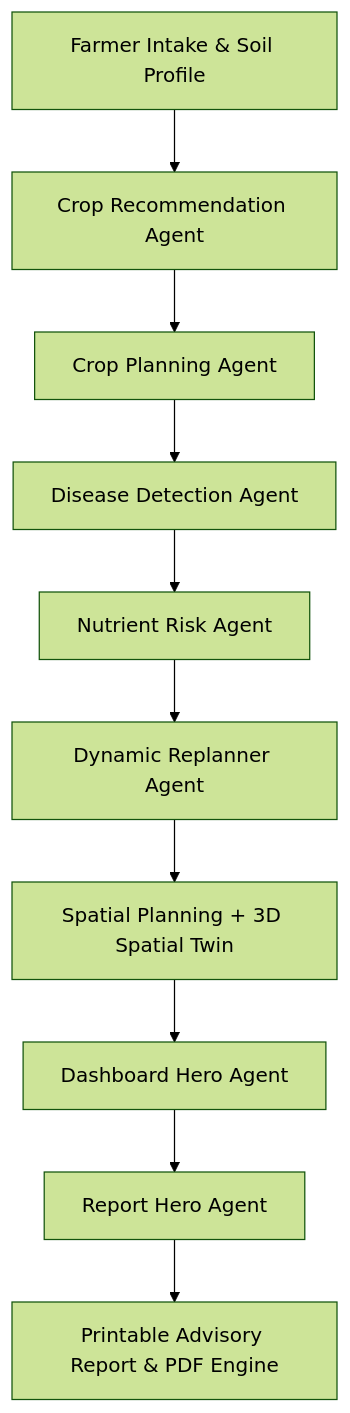
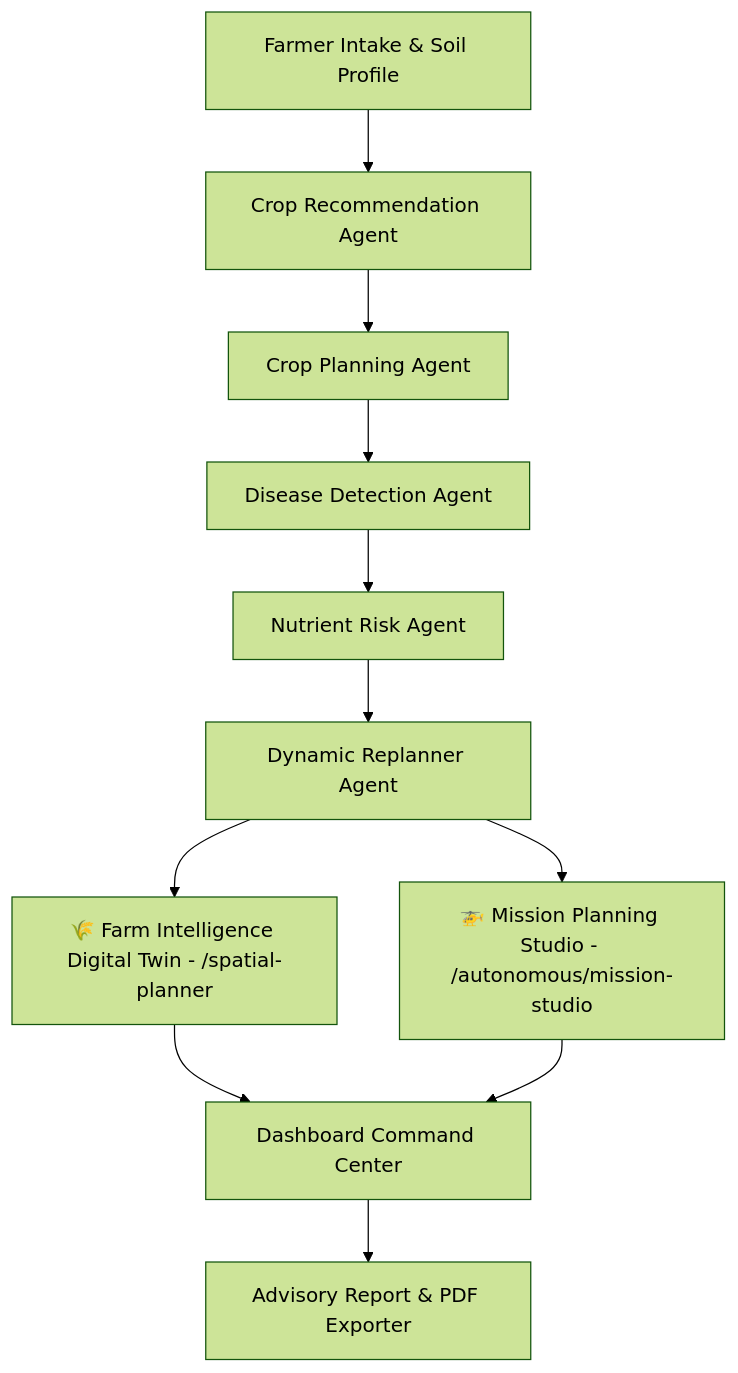
The diagram in README.md (CSSandhu2005/AgroSentry_-Dev-Branch-_-), drawn with Mermaid (forest theme) before and after one commit. The commit also changed other lines of this file, not shown here.

````diff
--- a/README.md
+++ b/README.md
@@ -10,12 +12,15 @@
 ```mermaid
 graph TD
     A[Farmer Intake & Soil Profile] --> B[Crop Recommendation Agent]
     B --> C[Crop Planning Agent]
     C --> D[Disease Detection Agent]
     D --> E[Nutrient Risk Agent]
     E --> F[Dynamic Replanner Agent]
-    F --> G[Spatial Planning + 3D Spatial Twin]
-    G --> H[Dashboard Hero Agent]
-    H --> I[Report Hero Agent]
-    I --> J[Printable Advisory Report & PDF Engine]
+    
+    F --> G1[🌾 Farm Intelligence Digital Twin - /spatial-planner]
+    F --> G2[🚁 Mission Planning Studio - /autonomous/mission-studio]
+    
+    G1 --> H[Dashboard Command Center]
+    G2 --> H
+    H --> I[Advisory Report & PDF Exporter]
 ```
````
